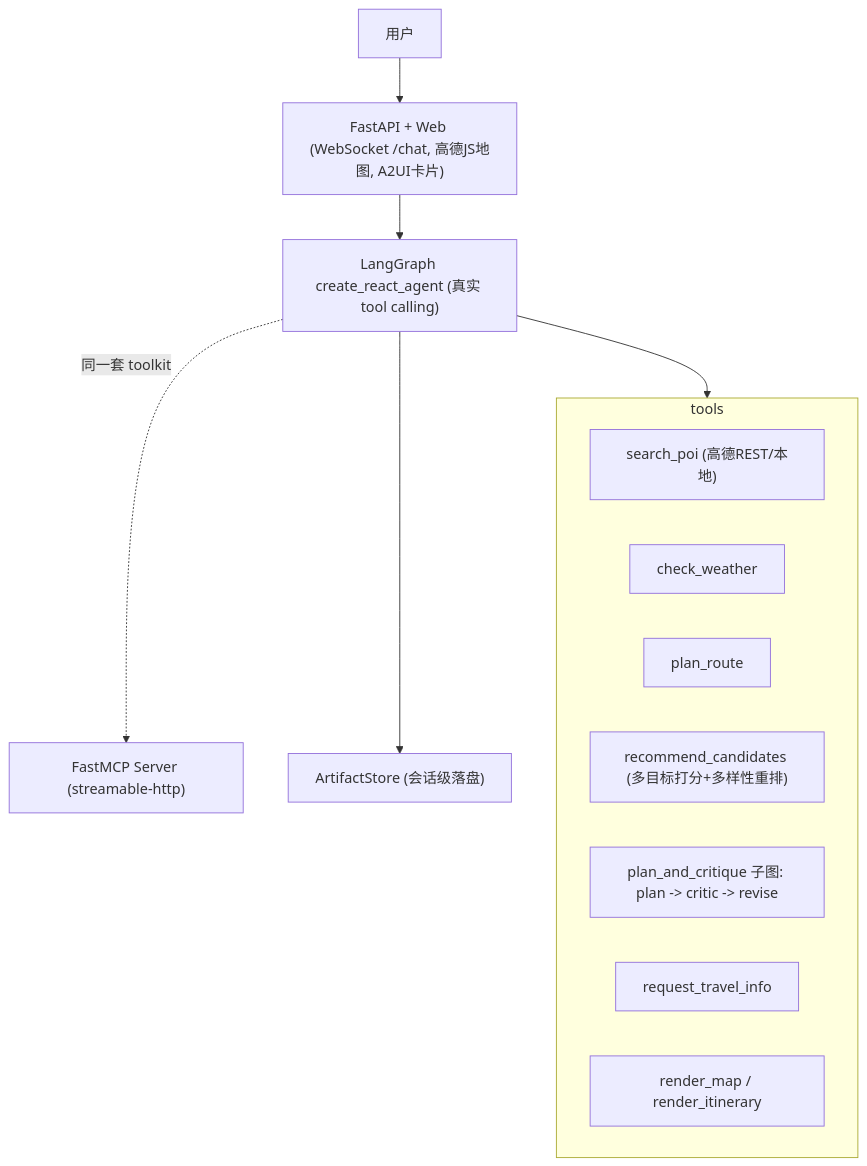
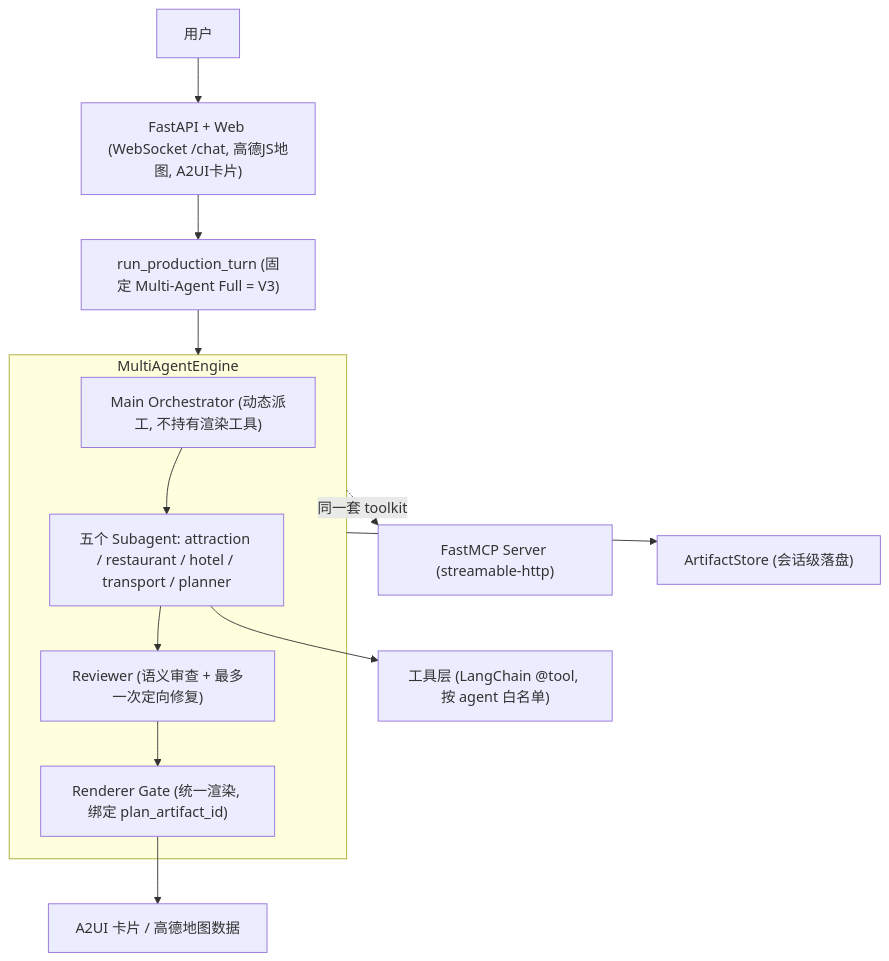
One commit to JerryOctopus/travel-agent changed the diagram in README.md. Above: the diagram before and after it, drawn with Mermaid. The commit also changed other lines of this file and 61 other files, not shown here.

Commit message:
refactor: finalize unified multi-agent v3 and fix review blockers

````diff
--- a/README.md
+++ b/README.md
@@ -17,17 +20,19 @@
 ```mermaid
 flowchart TB
   user["用户"] --> web["FastAPI + Web (WebSocket /chat, 高德JS地图, A2UI卡片)"]
-  web --> agent["LangGraph create_react_agent (真实 tool calling)"]
-  agent --> tools["工具层 (LangChain @tool)"]
-  subgraph tools
-    poi["search_poi (高德REST/本地)"]
-    wx["check_weather"]
-    route["plan_route"]
-    rec["recommend_candidates (多目标打分+多样性重排)"]
-    planning["plan_and_critique 子图: plan -> critic -> revise"]
-    clarify["request_travel_info"]
-    render["render_map / render_itinerary"]
+  web --> entry["run_production_turn (固定 Multi-Agent Full = V3)"]
+  subgraph engine["MultiAgentEngine"]
+    orch["Main Orchestrator (动态派工, 不持有渲染工具)"]
+    sub["五个 Subagent: attraction / restaurant / hotel / transport / planner"]
+    review["Reviewer (语义审查 + 最多一次定向修复)"]
+    gate["Renderer Gate (统一渲染, 绑定 plan_artifact_id)"]
+    orch --> sub
+    sub --> review
+    review --> gate
   end
-  agent -. 同一套 toolkit .-> mcp["FastMCP Server (streamable-http)"]
-  agent --> store["ArtifactStore (会话级落盘)"]
+  entry --> engine
+  sub --> tools["工具层 (LangChain @tool, 按 agent 白名单)"]
+  gate --> cards["A2UI 卡片 / 高德地图数据"]
+  engine -. 同一套 toolkit .-> mcp["FastMCP Server (streamable-http)"]
+  engine --> store["ArtifactStore (会话级落盘)"]
 ```
````
